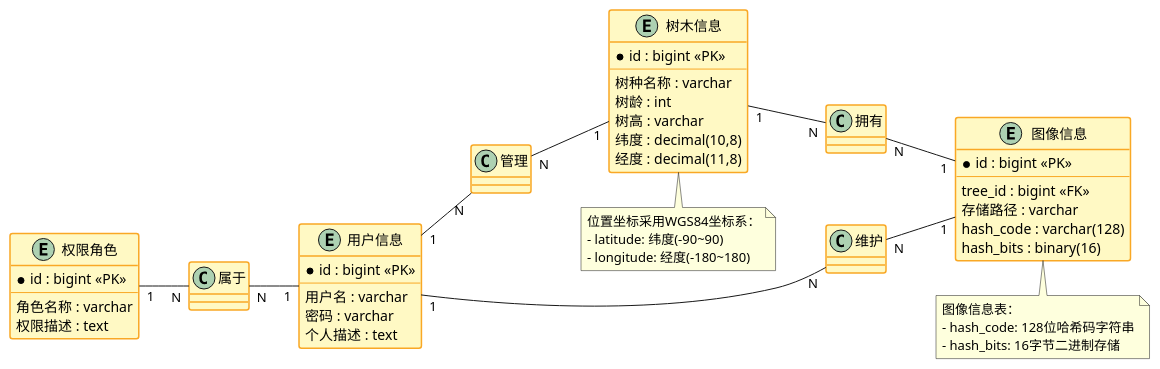
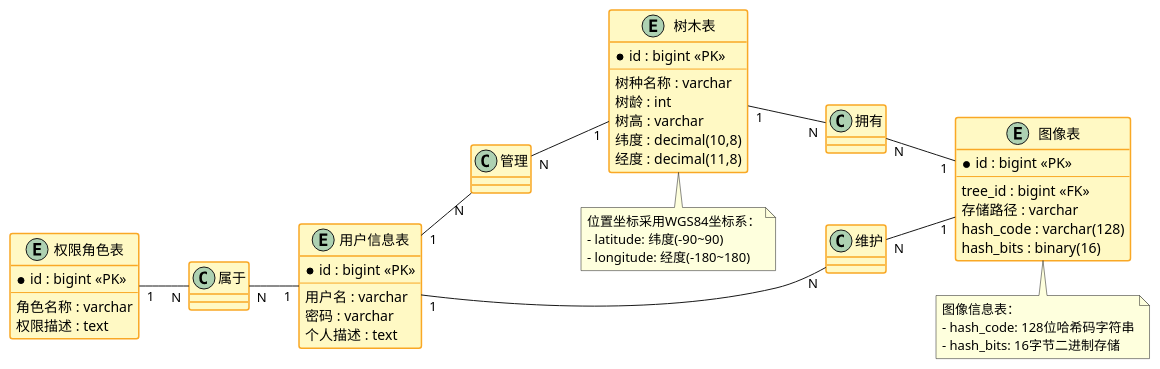
The diagram in word/第4章/图4.4-横向版v5-彩色.puml (ssl1995/imooc-wiki), drawn with PlantUML before and after one commit. The commit also changed 1 other file, not shown here.

```diff
--- a/word/第4章/图4.4-横向版v5-彩色.puml
+++ b/word/第4章/图4.4-横向版v5-彩色.puml
@@ -1,94 +1,94 @@
 @startuml
 
 skinparam backgroundColor #FFFFFF
 left to right direction
 
 ' 间距控制
 skinparam nodesep 35
 skinparam ranksep 50
 
 ' 隐藏 stereotype（去掉 «diamond»）
 hide stereotype
 
 ' 实体样式（蓝色系）
 skinparam entity {
     BackgroundColor #E3F2FD
     BorderColor #1976D2
     BorderThickness 1.5
 }
 
 ' 类/菱形样式（黄色系）
 skinparam class {
     BackgroundColor #FFF9C4
     BorderColor #F9A825
     BorderThickness 1.5
 }
 
 ' ===== 定义实体（与上下文一致） =====
-entity "用户信息" as User {
+entity "用户信息表" as User {
     * id : bigint <<PK>>
     --
     用户名 : varchar
     密码 : varchar
     个人描述 : text
 }
 
-entity "权限角色" as Role {
+entity "权限角色表" as Role {
     * id : bigint <<PK>>
     --
     角色名称 : varchar
     权限描述 : text
 }
 
-entity "树木信息" as Tree {
+entity "树木表" as Tree {
     * id : bigint <<PK>>
     --
     树种名称 : varchar
     树龄 : int
     树高 : varchar
     纬度 : decimal(10,8)
     经度 : decimal(11,8)
 }
 
-entity "图像信息" as Image {
+entity "图像表" as Image {
     * id : bigint <<PK>>
     --
     tree_id : bigint <<FK>>
     存储路径 : varchar
     hash_code : varchar(128)
     hash_bits : binary(16)
 }
 
 ' ===== 关系菱形（黄色背景） =====
 class "属于" as BelongsTo #FFF9C4
 class "管理" as ManageTree #FFF9C4
 class "拥有" as Owns #FFF9C4
 class "维护" as MaintainImage #FFF9C4
 
 ' ===== 关系连接（带 cardinality 标注） =====
 Role "1" -- "N" BelongsTo
 BelongsTo "N" -- "1" User
 
 User "1" -- "N" ManageTree
 ManageTree "N" -- "1" Tree
 
 Tree "1" -- "N" Owns
 Owns "N" -- "1" Image
 
 User "1" -- "N" MaintainImage
 MaintainImage "N" -- "1" Image
 
 ' ===== 注释（浅黄背景） =====
 note bottom of Image
 图像信息表：
 - hash_code: 128位哈希码字符串
 - hash_bits: 16字节二进制存储
 end note
 
 note bottom of Tree
 位置坐标采用WGS84坐标系：
 - latitude: 纬度(-90~90)
 - longitude: 经度(-180~180)
 end note
 
 @enduml
```
